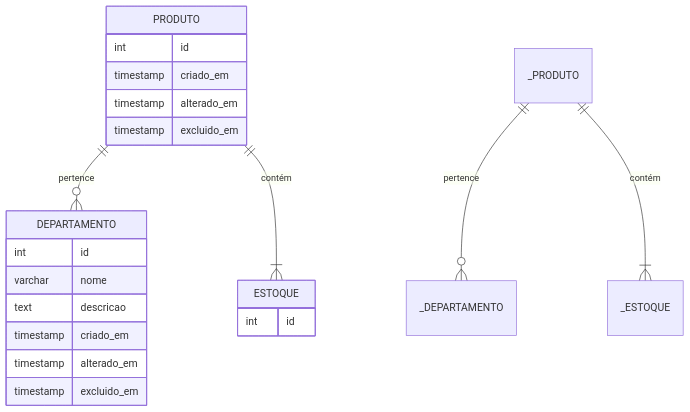
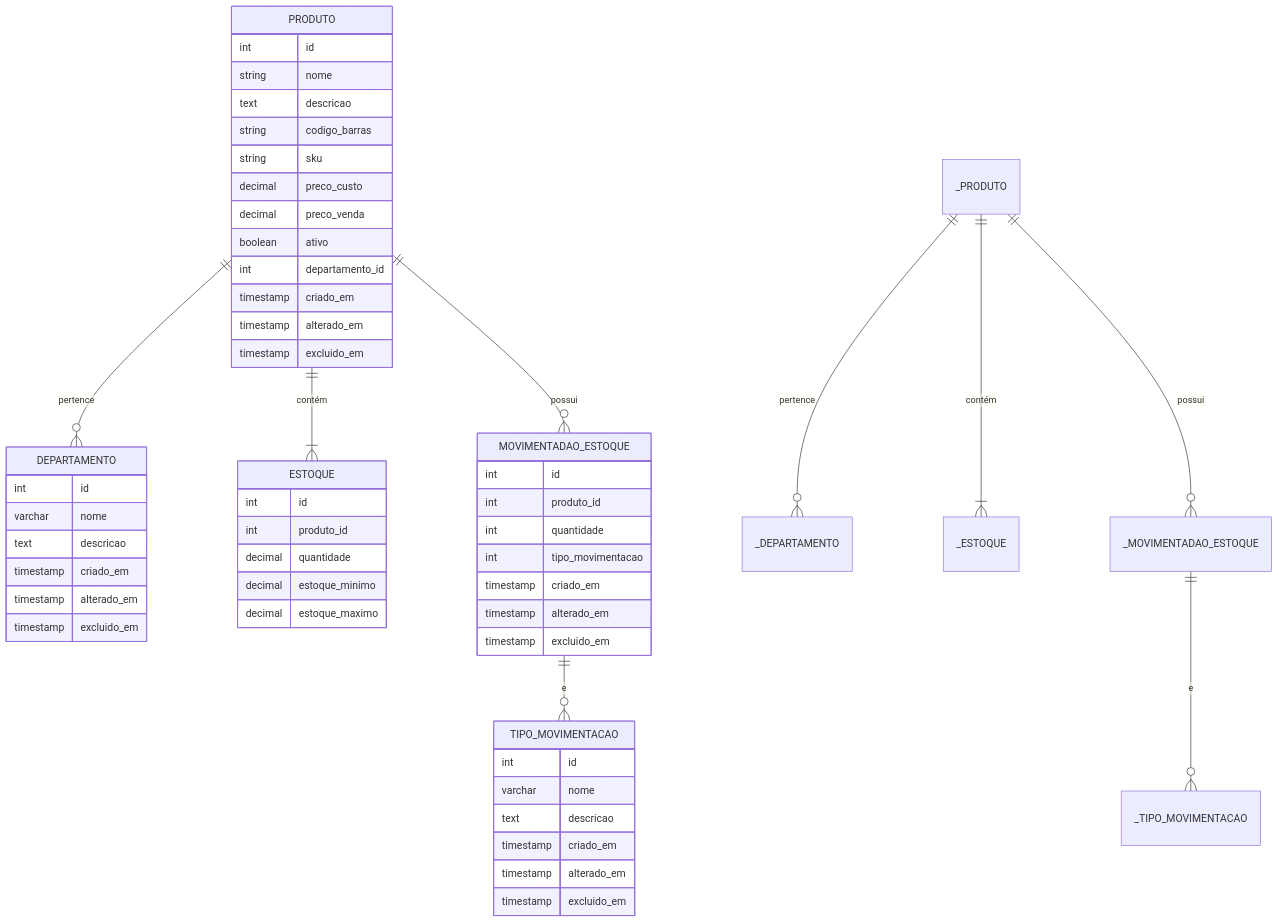
The diagram in estoque-microservico/README.md (gab-szz/pdv-microservicos), drawn with Mermaid before and after one commit. The commit also changed other lines of this file and 20 other files, not shown here.

````diff
--- a/estoque-microservico/README.md
+++ b/estoque-microservico/README.md
@@ -13,34 +13,71 @@
 ```mermaid
 erDiagram
 direction TB
 
 PRODUTO {
   int id ""
-  timestamp criado_em
-  timestamp alterado_em
-  timestamp excluido_em
+  string nome ""
+  text descricao ""
+  string codigo_barras ""
+  string sku ""
+  decimal preco_custo ""
+  decimal preco_venda ""
+  boolean ativo ""
+  int departamento_id ""
+  timestamp criado_em ""
+  timestamp alterado_em ""
+  timestamp excluido_em ""
 }
 
 DEPARTAMENTO {
   int id ""
   varchar nome
   text descricao
   timestamp criado_em
   timestamp alterado_em
   timestamp excluido_em
 }
 
 ESTOQUE {
   int id ""
+  int produto_id ""
+  decimal quantidade ""
+  decimal estoque_minimo ""
+  decimal estoque_maximo ""
+}
+
+MOVIMENTADAO_ESTOQUE {
+  int id ""
+  int produto_id ""
+  int quantidade ""
+  int tipo_movimentacao ""
+  timestamp criado_em ""
+  timestamp alterado_em ""
+  timestamp excluido_em ""
+}
+
+TIPO_MOVIMENTACAO {
+  int id ""
+  varchar nome
+  text descricao
+  timestamp criado_em
+  timestamp alterado_em
+  timestamp excluido_em ""
 }
 
 PRODUTO||--o{DEPARTAMENTO:"pertence"
 PRODUTO||--|{ESTOQUE:"contém"
+PRODUTO||--o{MOVIMENTADAO_ESTOQUE:"possui"
+MOVIMENTADAO_ESTOQUE||--o{TIPO_MOVIMENTACAO:"e"
 
 _PRODUTO {}
 _DEPARTAMENTO {}
 _ESTOQUE {}
+_MOVIMENTADAO_ESTOQUE {}
 
 _PRODUTO||--o{_DEPARTAMENTO:"pertence"
 _PRODUTO||--|{_ESTOQUE:"contém"
+_PRODUTO||--o{_MOVIMENTADAO_ESTOQUE:"possui"
+_MOVIMENTADAO_ESTOQUE||--o{_TIPO_MOVIMENTACAO:"e"
+
 ```
````
